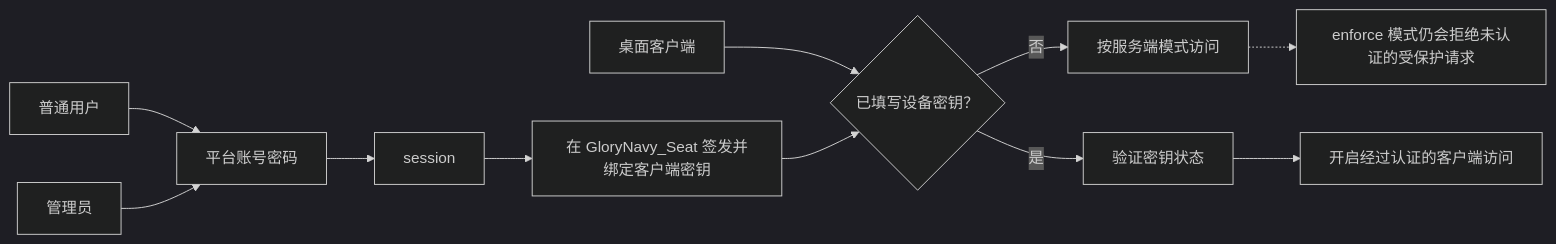
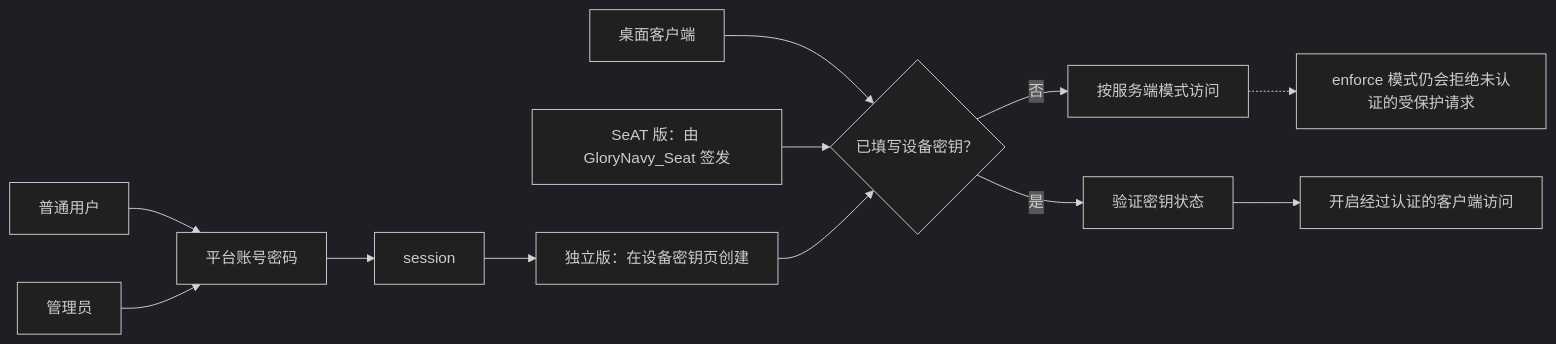
One commit to xiaqijun/eve-sentry changed the third of 3 diagrams in README.md. Above: the diagram before and after it, drawn with Mermaid (dark theme). The commit also changed other lines of this file and 27 other files, not shown here.

````diff
--- a/README.md
+++ b/README.md
@@ -94,14 +94,16 @@
 ```mermaid
 flowchart LR
     member["普通用户"] --> password["平台账号密码"]
     admin["管理员"] --> password
     password --> session
 
-    session --> seat["在 GloryNavy_Seat 签发并绑定客户端密钥"]
+    session --> standalone["独立版：在设备密钥页创建"]
+    seat["SeAT 版：由 GloryNavy_Seat 签发"]
     client["桌面客户端"] --> configured{"已填写设备密钥？"}
     configured -->|"否"| anonymous["按服务端模式访问"]
     configured -->|"是"| keycheck["验证密钥状态"]
     seat --> configured
+    standalone --> configured
     keycheck --> access["开启经过认证的客户端访问"]
     anonymous -.-> policy["enforce 模式仍会拒绝未认证的受保护请求"]
 ```
````
